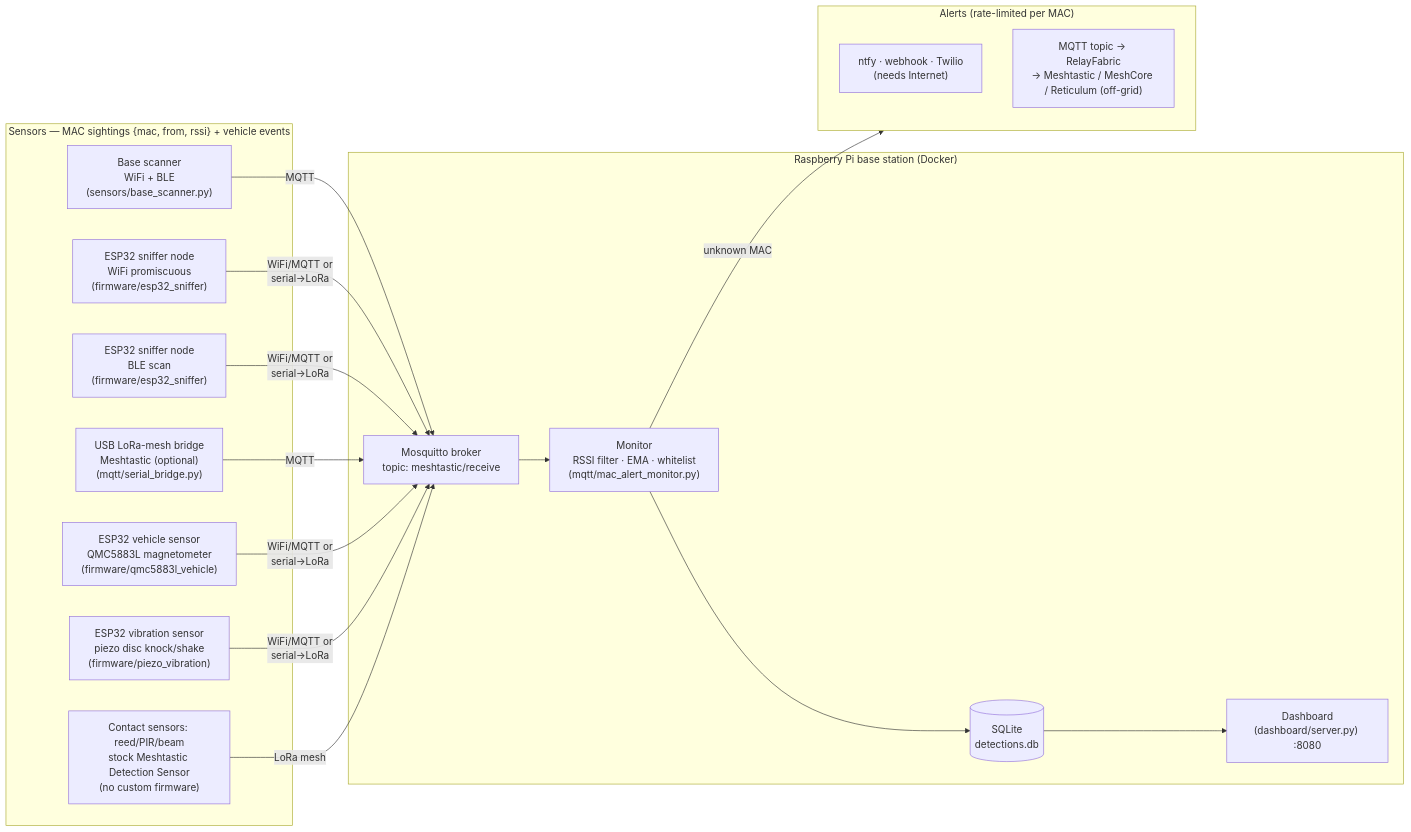
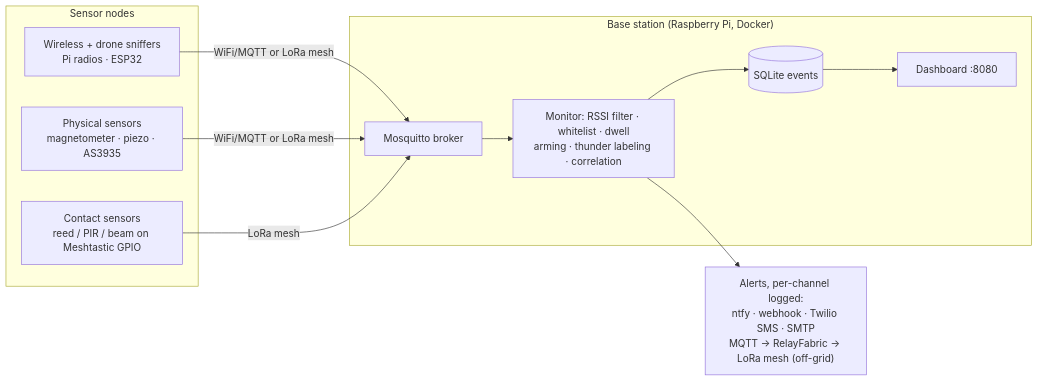
One commit to OutandBack/meshtripwire changed the diagram in README.md. Above: the diagram before and after it, drawn with Mermaid. The commit also changed other lines of this file, not shown here.

First line of the commit message:
Rewrite README around the full sensor roster

````diff
--- a/README.md
+++ b/README.md
@@ -9,36 +34,19 @@
 ```mermaid
 flowchart LR
-    subgraph sensors["Sensors — MAC sightings {mac, from, rssi} + vehicle events"]
-        S1["Base scanner<br/>WiFi + BLE<br/>(sensors/base_scanner.py)"]
-        S2["ESP32 sniffer node<br/>WiFi promiscuous<br/>(firmware/esp32_sniffer)"]
-        S4["ESP32 sniffer node<br/>BLE scan<br/>(firmware/esp32_sniffer)"]
-        S3["USB LoRa-mesh bridge<br/>Meshtastic (optional)<br/>(mqtt/serial_bridge.py)"]
-        S5["ESP32 vehicle sensor<br/>QMC5883L magnetometer<br/>(firmware/qmc5883l_vehicle)"]
-        S6["ESP32 vibration sensor<br/>piezo disc knock/shake<br/>(firmware/piezo_vibration)"]
-        S7["Contact sensors: reed/PIR/beam<br/>stock Meshtastic Detection Sensor<br/>(no custom firmware)"]
+    subgraph sensors["Sensor nodes"]
+        WM["Wireless + drone sniffers<br/>Pi radios · ESP32"]
+        PH["Physical sensors<br/>magnetometer · piezo · AS3935"]
+        CT["Contact sensors<br/>reed / PIR / beam on Meshtastic GPIO"]
     end
-
-    S1 -->|MQTT| BROKER
-    S2 -->|WiFi/MQTT or<br/>serial→LoRa| BROKER
-    S4 -->|WiFi/MQTT or<br/>serial→LoRa| BROKER
-    S3 -->|MQTT| BROKER
-    S5 -->|WiFi/MQTT or<br/>serial→LoRa| BROKER
-    S6 -->|WiFi/MQTT or<br/>serial→LoRa| BROKER
-    S7 -->|LoRa mesh| BROKER
-
-    subgraph base["Raspberry Pi base station (Docker)"]
-        BROKER["Mosquitto broker<br/>topic: meshtastic/receive"]
-        MON["Monitor<br/>RSSI filter · EMA · whitelist<br/>(mqtt/mac_alert_monitor.py)"]
-        DB[("SQLite<br/>detections.db")]
-        NR["Dashboard<br/>(dashboard/server.py) :8080"]
-        BROKER --> MON
-        MON --> DB
-        DB --> NR
+    WM -->|"WiFi/MQTT or LoRa mesh"| BROKER
+    PH -->|"WiFi/MQTT or LoRa mesh"| BROKER
+    CT -->|"LoRa mesh"| BROKER
+    subgraph base["Base station (Raspberry Pi, Docker)"]
+        BROKER["Mosquitto broker"]
+        MON["Monitor: RSSI filter · whitelist · dwell<br/>arming · thunder labeling · correlation"]
+        DB[("SQLite events")]
+        DASH["Dashboard :8080"]
+        BROKER --> MON --> DB --> DASH
     end
-
-    MON -->|unknown MAC| ALERTS
-    subgraph ALERTS["Alerts (rate-limited per MAC)"]
-        A1["ntfy · webhook · Twilio<br/>(needs Internet)"]
-        A2["MQTT topic → RelayFabric<br/>→ Meshtastic / MeshCore / Reticulum (off-grid)"]
-    end
+    MON --> AL["Alerts, per-channel logged:<br/>ntfy · webhook · Twilio SMS · SMTP<br/>MQTT → RelayFabric → LoRa mesh (off-grid)"]
 ```
````
